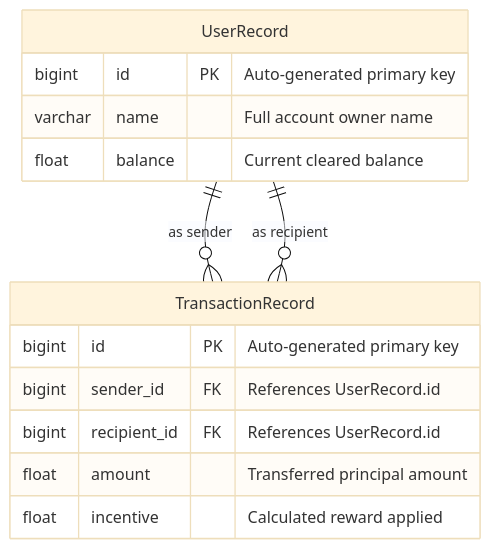
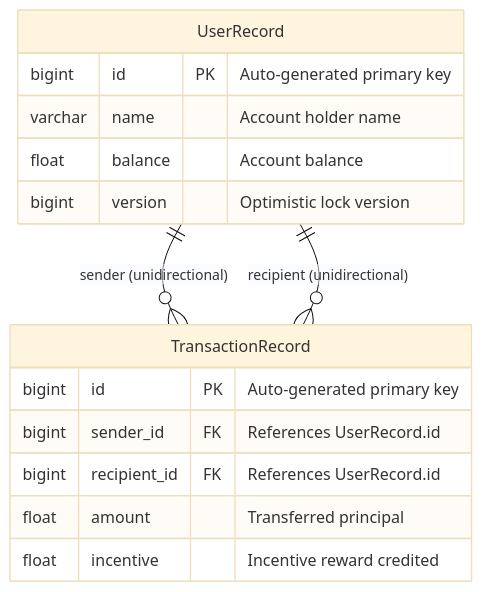
Before and after one commit to adil-r120/MidasCore-Real-Time-Financial-Transaction-Processing-System: the second of 3 diagrams in README.md, drawn with Mermaid (base theme). The commit also changed other lines of this file, not shown here.

Commit message:
docs: audit and correct technical claims, attribution, and architecture in README

````diff
--- a/README.md
+++ b/README.md
@@ -174,19 +224,20 @@
 ```mermaid
 erDiagram
-    UserRecord ||--o{ TransactionRecord : "as sender"
-    UserRecord ||--o{ TransactionRecord : "as recipient"
+    UserRecord ||--o{ TransactionRecord : "sender (unidirectional)"
+    UserRecord ||--o{ TransactionRecord : "recipient (unidirectional)"
 
     UserRecord {
         bigint id PK "Auto-generated primary key"
-        varchar name "Full account owner name"
-        float balance "Current cleared balance"
+        varchar name "Account holder name"
+        float balance "Account balance"
+        bigint version "Optimistic lock version"
     }
 
     TransactionRecord {
         bigint id PK "Auto-generated primary key"
         bigint sender_id FK "References UserRecord.id"
         bigint recipient_id FK "References UserRecord.id"
-        float amount "Transferred principal amount"
-        float incentive "Calculated reward applied"
+        float amount "Transferred principal"
+        float incentive "Incentive reward credited"
     }
 ```
````
